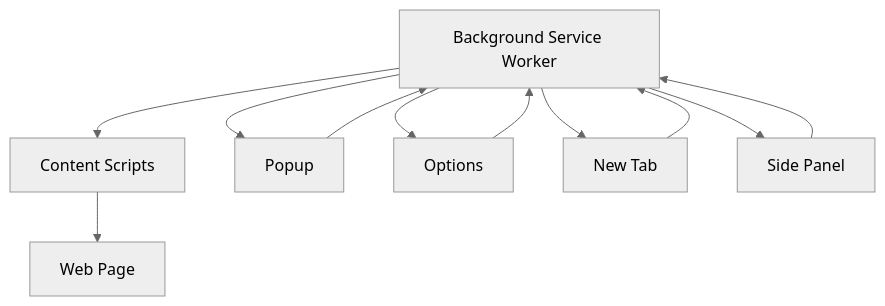
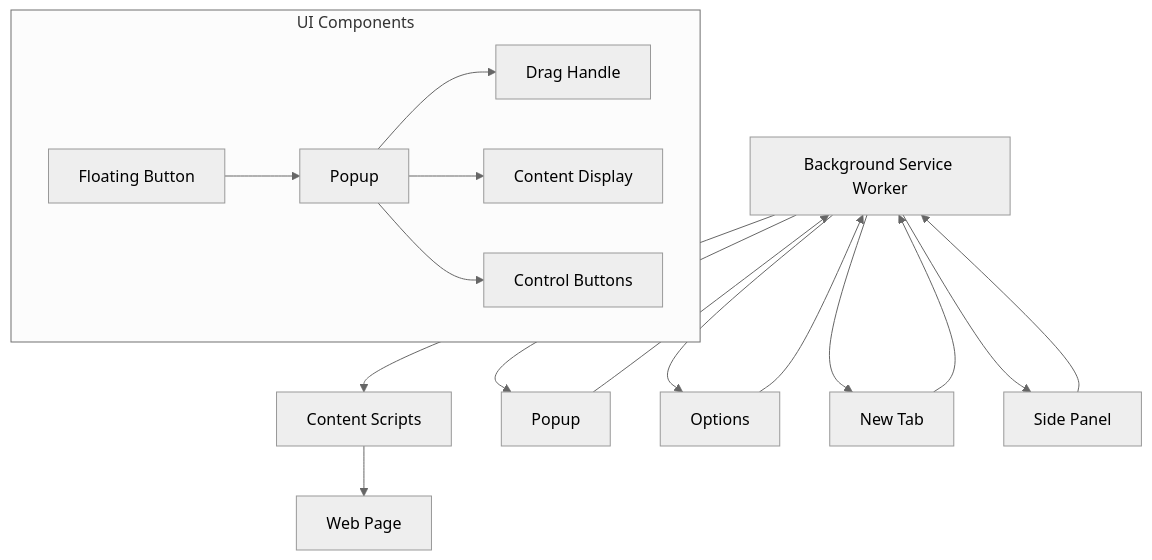
One commit to denisoed/exara-extension changed the diagram in memory-bank/systemPatterns.md. Above: the diagram before and after it, drawn with Mermaid (neutral theme). The commit also changed other lines of this file and 3 other files, not shown here.

Commit message:
feat: enhance popup component with drag and drop functionality, improved UI/UX, and anima effects

````diff
--- a/memory-bank/systemPatterns.md
+++ b/memory-bank/systemPatterns.md
@@ -47,13 +63,20 @@
 ```mermaid
 graph TD
     A[Background Service Worker] --> B[Content Scripts]
     A --> C[Popup]
     A --> D[Options]
     A --> E[New Tab]
     A --> F[Side Panel]
     B --> G[Web Page]
     C --> A
     D --> A
     E --> A
     F --> A
+    
+    subgraph UI Components
+        H[Floating Button] --> I[Popup]
+        I --> J[Drag Handle]
+        I --> K[Content Display]
+        I --> L[Control Buttons]
+    end
 ```
````
